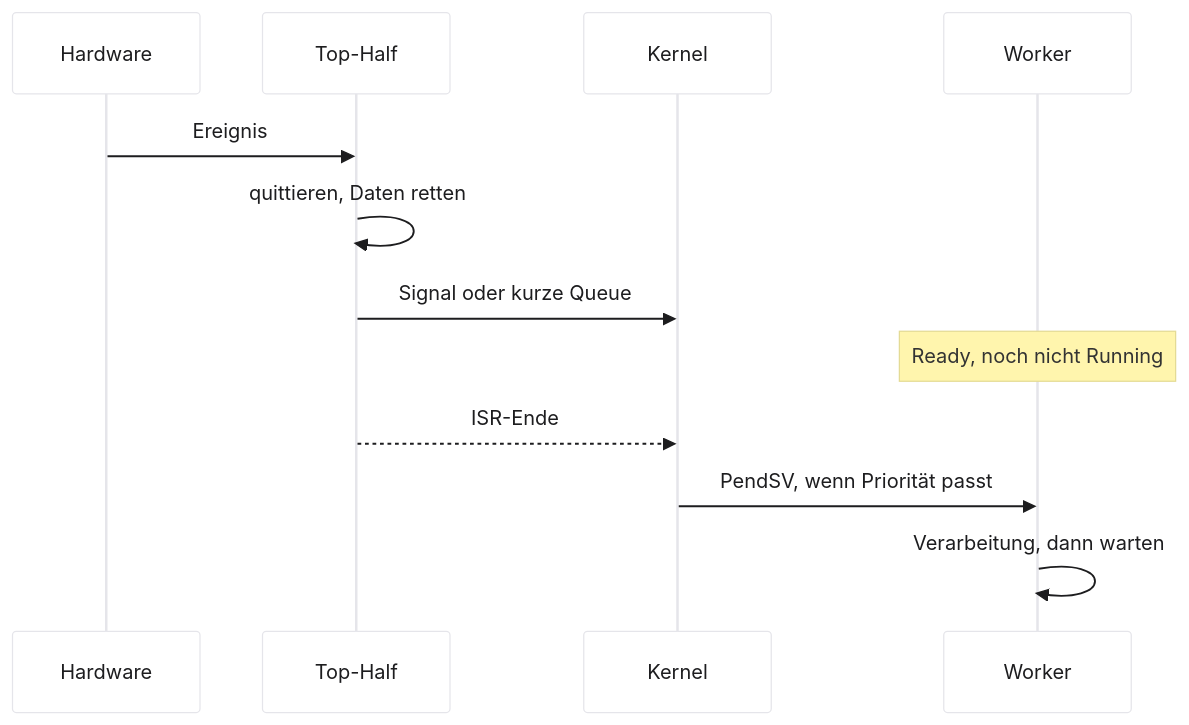
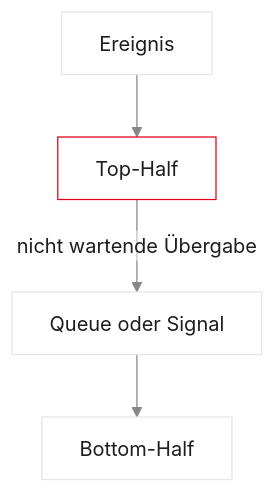
One commit to dantschi/echtzeitsysteme changed the fifth of 6 diagrams in vorlesungen/05_inter-task-kommunikation.qmd. Above: the diagram before and after it, drawn with Mermaid. The commit also changed other lines of this file and 5 other files, not shown here.

````diff
--- a/vorlesungen/05_inter-task-kommunikation.qmd
+++ b/vorlesungen/05_inter-task-kommunikation.qmd
@@ -679,16 +580,9 @@
 ```{mermaid}
-%%| fig-width: 6.2
-%%{init: {'theme': 'base', 'themeVariables': {'background': '#FFFFFF', 'primaryColor': '#FFFFFF', 'primaryBorderColor': '#E5E5EA', 'primaryTextColor': '#1D1D1F', 'lineColor': '#86868B'}}}%%
-sequenceDiagram
-  participant HW as Hardware
-  participant ISR as Top-Half
-  participant K as Kernel
-  participant W as Worker
-  HW->>ISR: Ereignis
-  ISR->>ISR: quittieren, Daten retten
-  ISR->>K: Signal oder kurze Queue
-  Note over W: Ready, noch nicht Running
-  ISR-->>K: ISR-Ende
-  K->>W: PendSV, wenn Priorität passt
-  W->>W: Verarbeitung, dann warten
+%%| fig-width: 5.4
+%%{init: {'theme': 'base', 'htmlLabels': false, 'flowchart': {'htmlLabels': false}, 'themeVariables': {'background': '#FFFFFF', 'primaryColor': '#FFFFFF', 'primaryBorderColor': '#E5E5EA', 'primaryTextColor': '#1D1D1F', 'lineColor': '#86868B'}}}%%
+flowchart TD
+  E[Ereignis] --> T[Top-Half]
+  T -->|nicht wartende Übergabe| Q[Queue oder Signal]
+  Q --> B[Bottom-Half]
+  style T fill:#FFFFFF,stroke:#E2001A,stroke-width:2px !important
 ```
````
